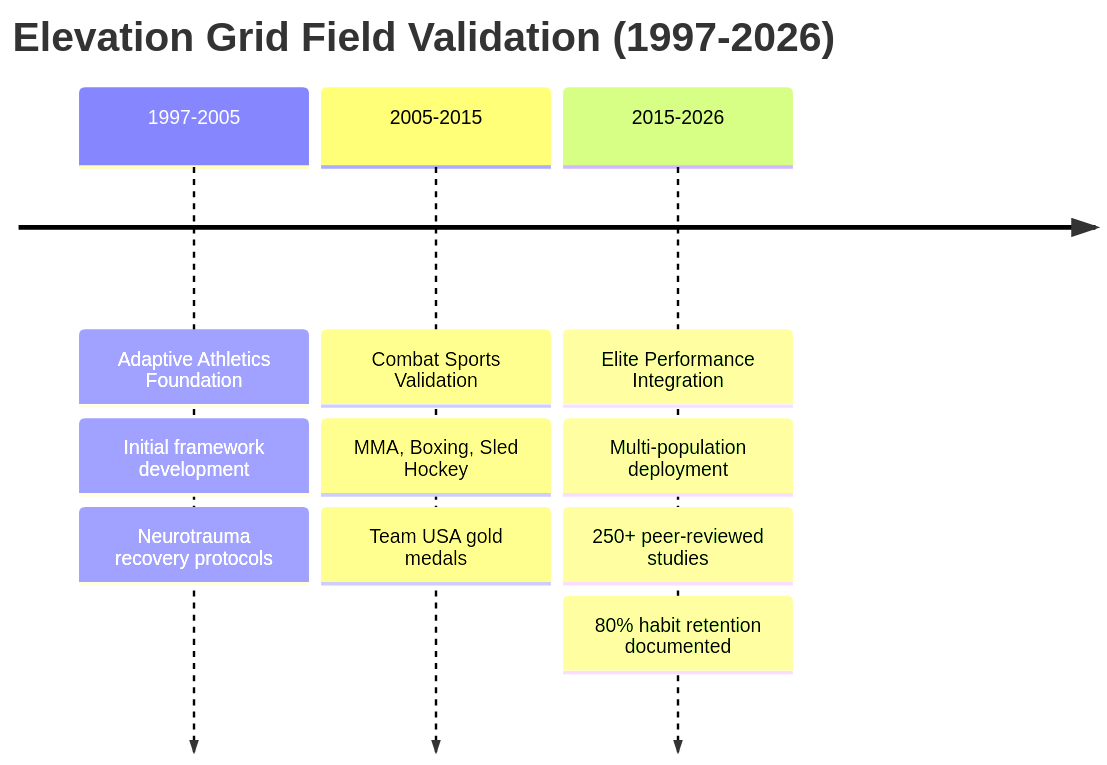
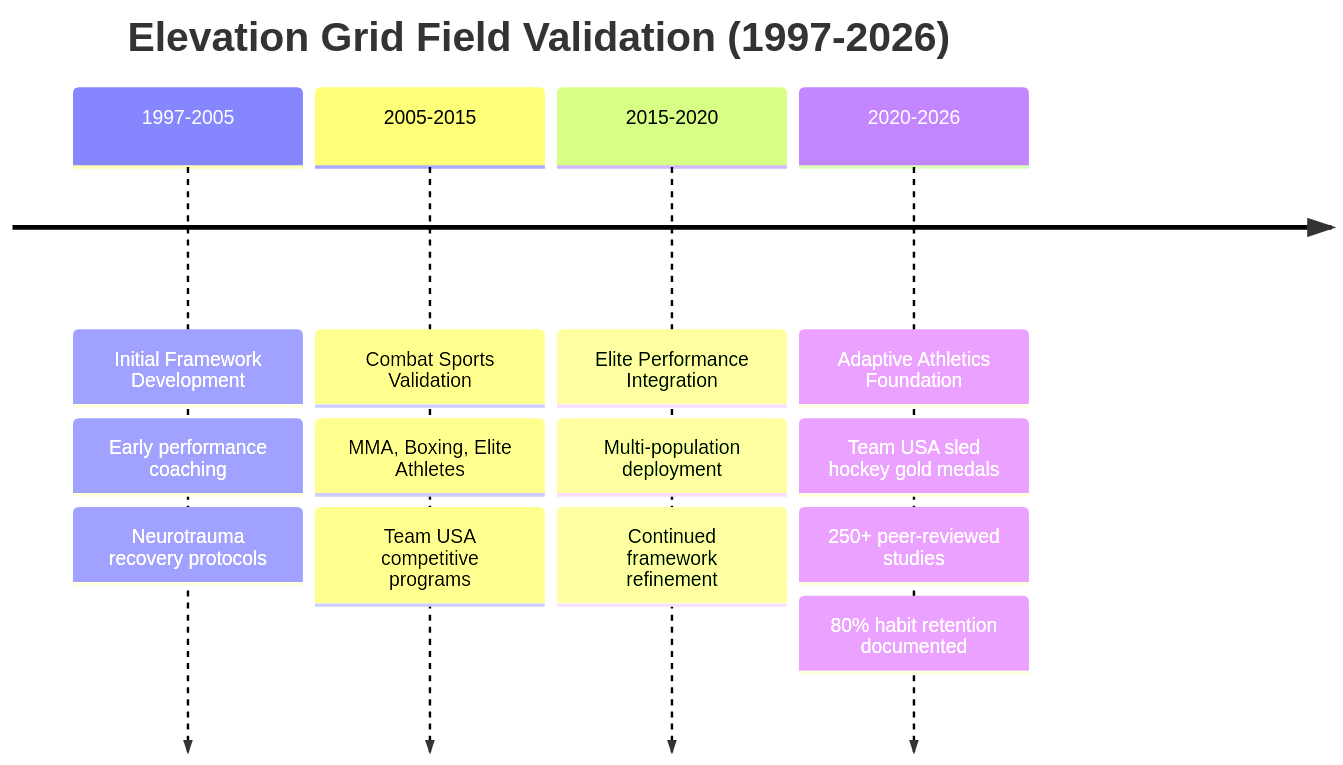
The tenth of 11 diagrams in docs/elevation-grid/elevation-grid-visualizations.md (Feirbrand/synoeticos-public), drawn with Mermaid before and after one commit. The commit also changed other lines of this file, not shown here.

```diff
--- a/docs/elevation-grid/elevation-grid-visualizations.md
+++ b/docs/elevation-grid/elevation-grid-visualizations.md
@@ -210,17 +212,21 @@
 <div class="mermaid">
 timeline
     title Elevation Grid Field Validation (1997-2026)
     
-    1997-2005 : Adaptive Athletics Foundation
-             : Initial framework development
+    1997-2005 : Initial Framework Development
+             : Early performance coaching
              : Neurotrauma recovery protocols
     
     2005-2015 : Combat Sports Validation
-             : MMA, Boxing, Sled Hockey
-             : Team USA gold medals
+             : MMA, Boxing, Elite Athletes
+             : Team USA competitive programs
     
-    2015-2026 : Elite Performance Integration
+    2015-2020 : Elite Performance Integration
              : Multi-population deployment
+             : Continued framework refinement
+    
+    2020-2026 : Adaptive Athletics Foundation
+             : Team USA sled hockey gold medals
              : 250+ peer-reviewed studies
              : 80% habit retention documented
 </div>
```
